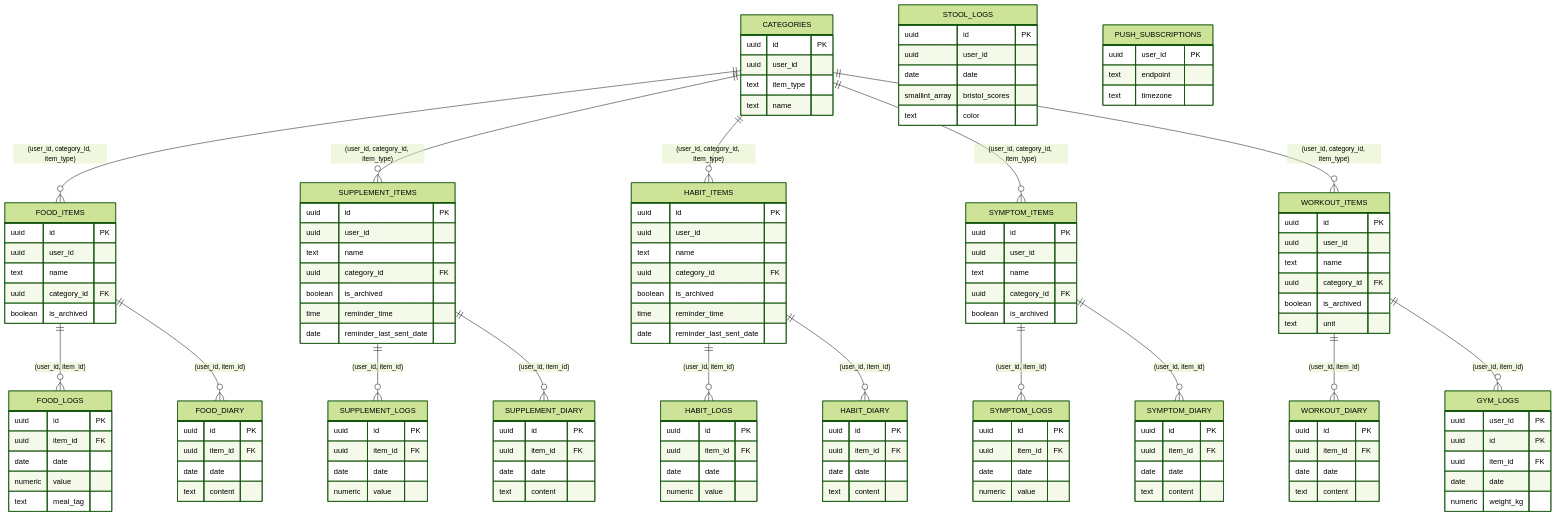
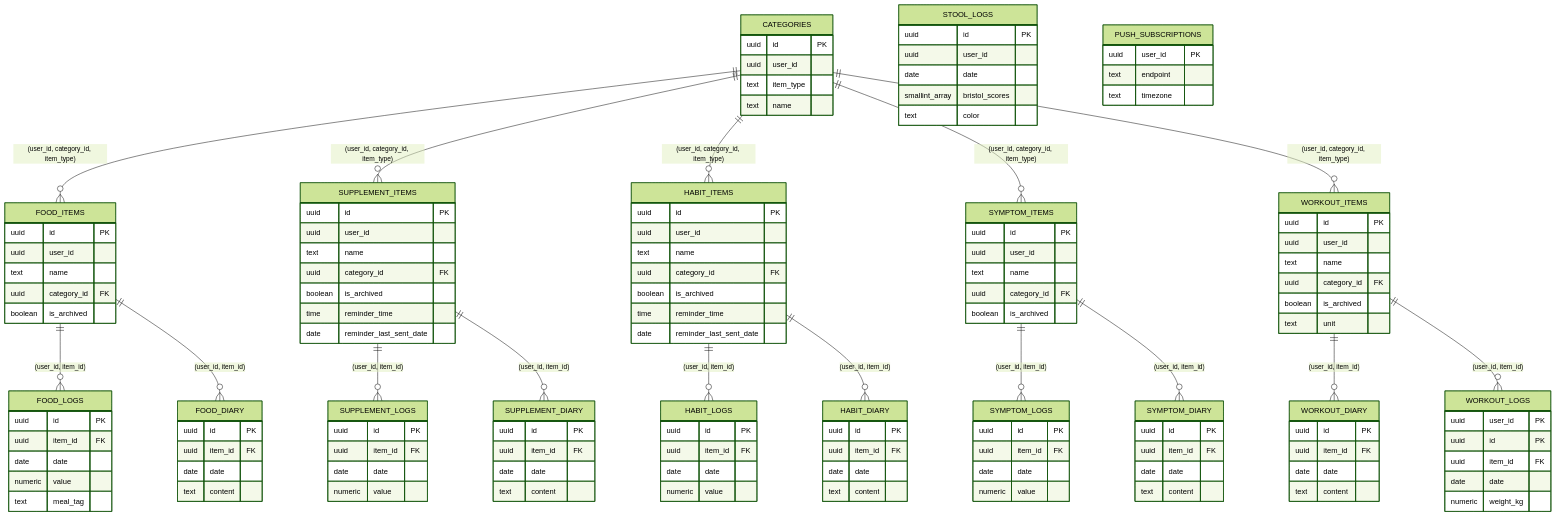
One commit to xxvazquez/health-management changed the diagram in README.md. Above: the diagram before and after it, drawn with Mermaid (forest theme). The commit also changed other lines of this file and 9 other files, not shown here.

First line of the commit message:
Rename gym_logs to workout_logs and give it a real workout_items foreign key

```diff
--- a/README.md
+++ b/README.md
@@ -88,7 +88,7 @@
     SYMPTOM_ITEMS ||--o{ SYMPTOM_LOGS : "(user_id, item_id)"
     SYMPTOM_ITEMS ||--o{ SYMPTOM_DIARY : "(user_id, item_id)"
     WORKOUT_ITEMS ||--o{ WORKOUT_DIARY : "(user_id, item_id)"
-    WORKOUT_ITEMS ||--o{ GYM_LOGS : "(user_id, item_id)"
+    WORKOUT_ITEMS ||--o{ WORKOUT_LOGS : "(user_id, item_id)"
 
     CATEGORIES {
         uuid id PK
@@ -198,7 +198,7 @@
         smallint_array bristol_scores
         text color
     }
-    GYM_LOGS {
+    WORKOUT_LOGS {
         uuid user_id PK
         uuid id PK
         uuid item_id FK
```
